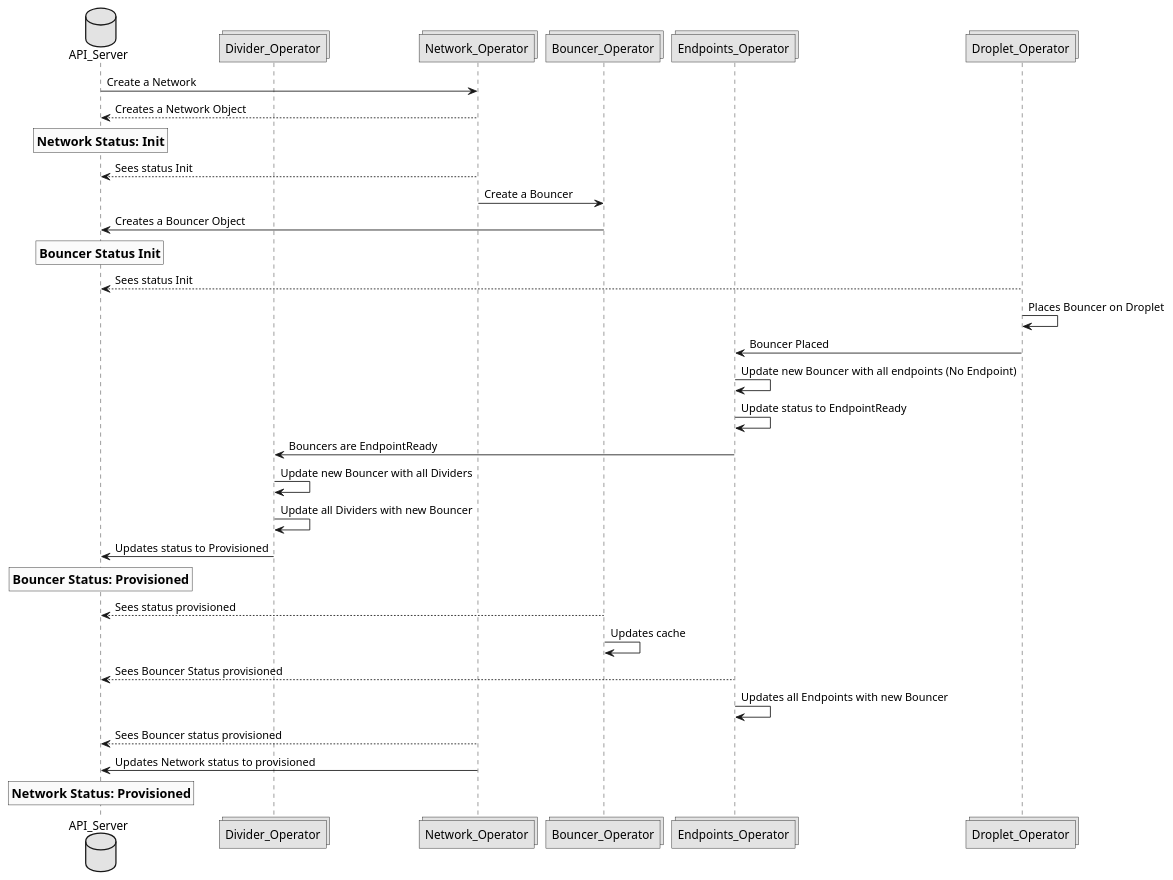
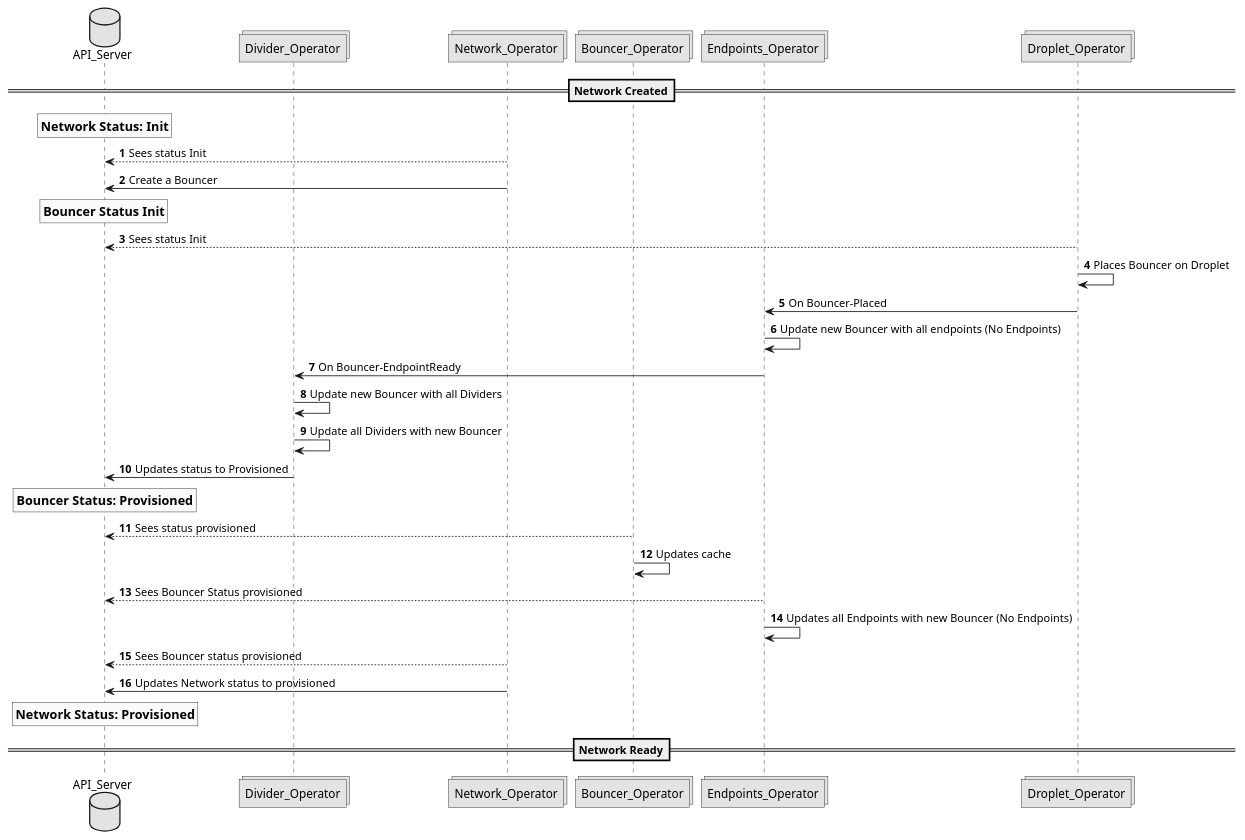
The diagram in Documentation/design/figures/create_network_workflow.puml (CentaurusInfra/mizar), drawn with PlantUML before and after one commit. The commit also changed 6 other files, not shown here.

```diff
--- a/Documentation/design/figures/create_network_workflow.puml
+++ b/Documentation/design/figures/create_network_workflow.puml
@@ -1,38 +1,37 @@
 @startuml
 
 skinparam monochrome true
+autonumber
 
 database API_Server
 collections Divider_Operator
 collections Network_Operator
 collections Bouncer_Operator
 collections Endpoints_Operator
 collections Droplet_Operator
 
-API_Server -> Network_Operator: Create a Network
-Network_Operator --> API_Server: Creates a Network Object
+==Network Created==
 rnote over API_Server: ==Network Status: Init
 Network_Operator --> API_Server: Sees status Init
-Network_Operator -> Bouncer_Operator: Create a Bouncer
-Bouncer_Operator -> API_Server: Creates a Bouncer Object
+Network_Operator -> API_Server: Create a Bouncer
 rnote over API_Server: ==Bouncer Status Init
 Droplet_Operator --> API_Server: Sees status Init
 Droplet_Operator -> Droplet_Operator: Places Bouncer on Droplet
 
-Droplet_Operator -> Endpoints_Operator: Bouncer Placed
-Endpoints_Operator -> Endpoints_Operator: Update new Bouncer with all endpoints (No Endpoint)
-Endpoints_Operator -> Endpoints_Operator: Update status to EndpointReady
-Endpoints_Operator -> Divider_Operator: Bouncers are EndpointReady
+Droplet_Operator -> Endpoints_Operator: On Bouncer-Placed
+Endpoints_Operator -> Endpoints_Operator: Update new Bouncer with all endpoints (No Endpoints)
+Endpoints_Operator -> Divider_Operator: On Bouncer-EndpointReady
 Divider_Operator -> Divider_Operator: Update new Bouncer with all Dividers
 Divider_Operator -> Divider_Operator: Update all Dividers with new Bouncer
 Divider_Operator -> API_Server: Updates status to Provisioned
 rnote over API_Server: == Bouncer Status: Provisioned
 
 Bouncer_Operator --> API_Server: Sees status provisioned
 Bouncer_Operator -> Bouncer_Operator: Updates cache
 Endpoints_Operator --> API_Server: Sees Bouncer Status provisioned
-Endpoints_Operator -> Endpoints_Operator: Updates all Endpoints with new Bouncer
+Endpoints_Operator -> Endpoints_Operator: Updates all Endpoints with new Bouncer (No Endpoints)
 Network_Operator --> API_Server: Sees Bouncer status provisioned
 Network_Operator -> API_Server: Updates Network status to provisioned
 rnote over API_Server: == Network Status: Provisioned
+==Network Ready==
 @enduml
```
